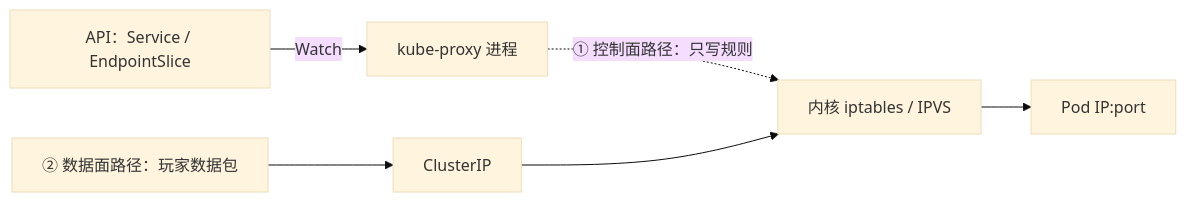
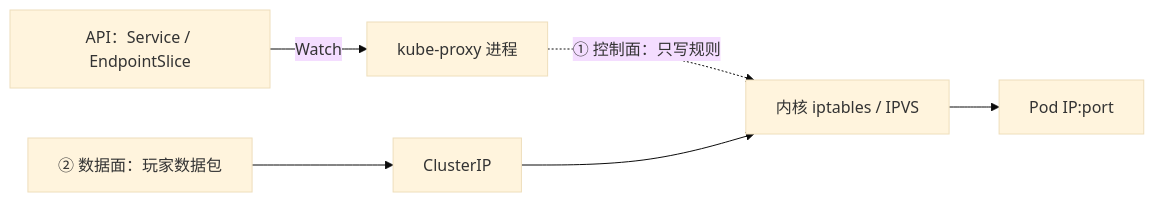
Before and after one commit to ml-cuizijun/LearnToLilith: the third of 5 diagrams in 03-Kubernetes/01-集群架构/知识点.md, drawn with Mermaid (base theme). The commit also changed other lines of this file and 178 other files, not shown here.

````diff
--- a/03-Kubernetes/01-集群架构/知识点.md
+++ b/03-Kubernetes/01-集群架构/知识点.md
@@ -326,7 +318,7 @@
 ```mermaid
 flowchart LR
     api["API：Service / EndpointSlice"] -->|Watch| kp["kube-proxy 进程"]
-    kp -.->|"① 控制面路径：只写规则"| fw["内核 iptables / IPVS"]
-    player["② 数据面路径：玩家数据包"] --> cip["ClusterIP"] --> fw
+    kp -.->|"① 控制面：只写规则"| fw["内核 iptables / IPVS"]
+    player["② 数据面：玩家数据包"] --> cip["ClusterIP"] --> fw
     fw --> pod["Pod IP:port"]
 ```
````
